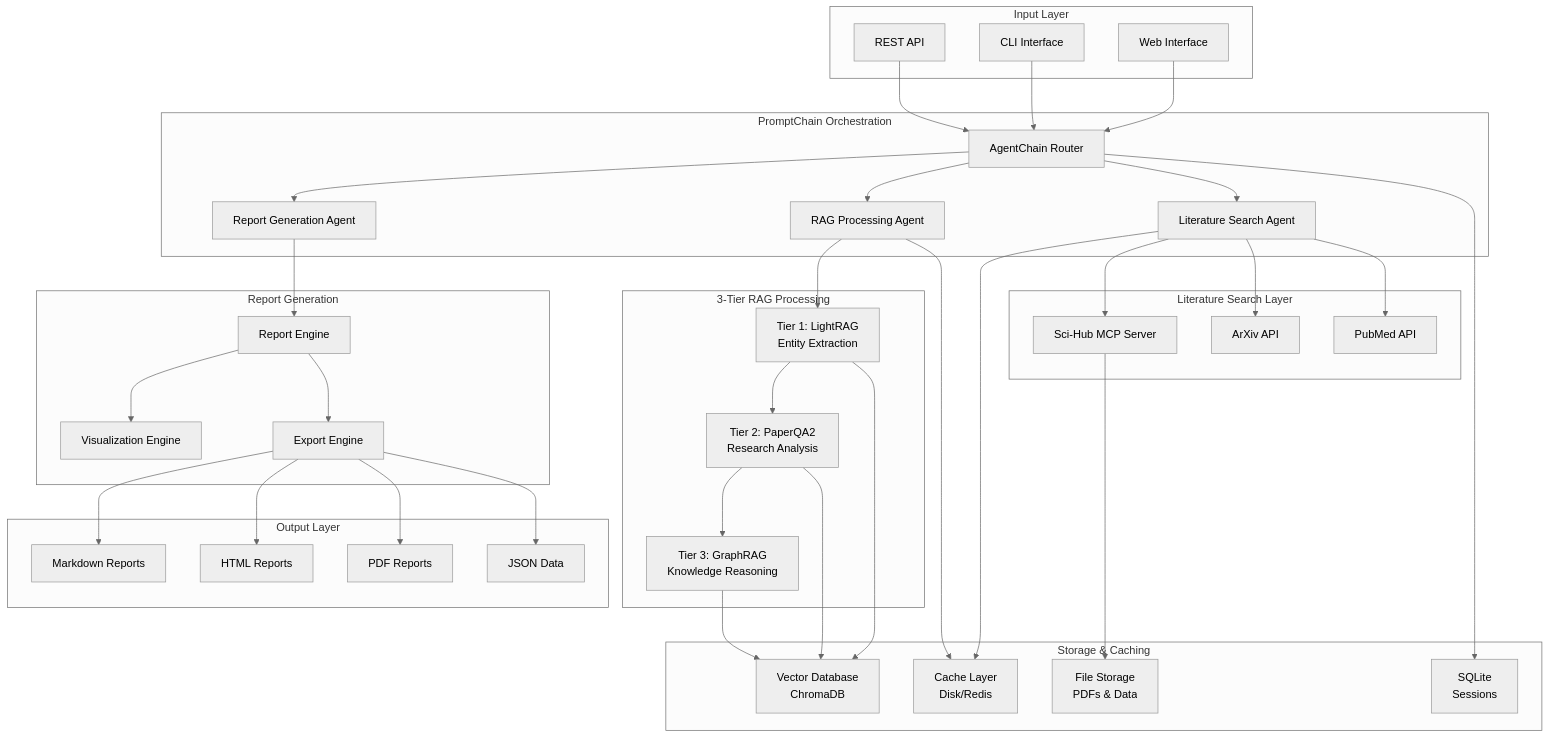
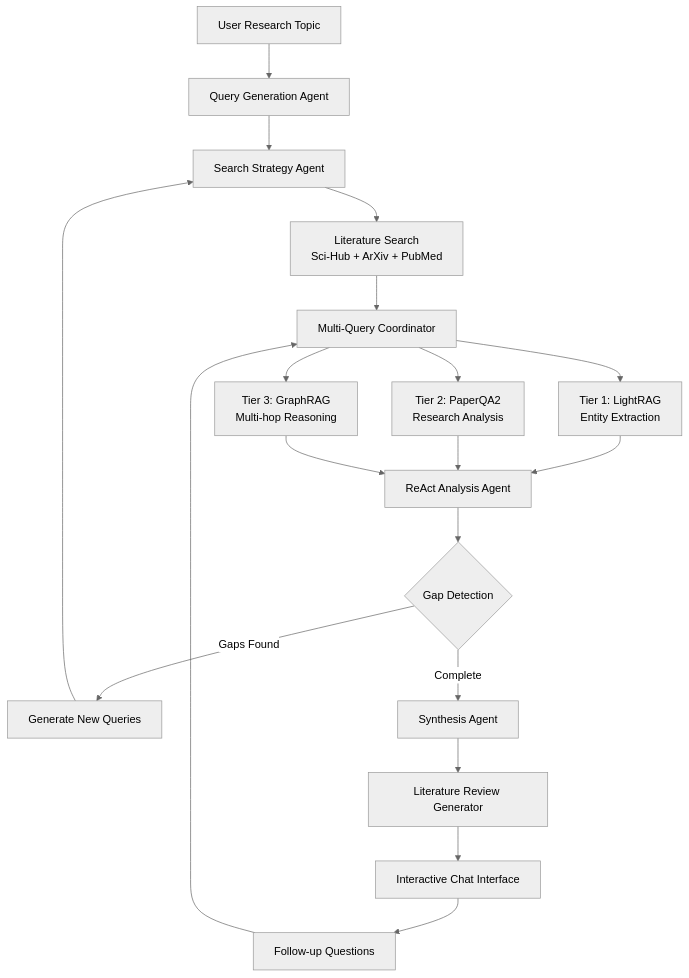
The diagram in Research_agent/docs/ARCHITECTURE.md (gyasis/PromptChain), drawn with Mermaid (neutral theme) before and after one commit. The commit also changed other lines of this file and 7 other files, not shown here.

First line of the commit message:
feat(research-agent): implement core foundation system v0.2.5.a

````diff
--- a/Research_agent/docs/ARCHITECTURE.md
+++ b/Research_agent/docs/ARCHITECTURE.md
@@ -9,83 +19,25 @@
 ```mermaid
-graph TB
-    subgraph "Input Layer"
-        UI[Web Interface]
-        CLI[CLI Interface]
-        API[REST API]
-    end
+graph TD
+    A[User Research Topic] --> B[Query Generation Agent]
+    B --> C[Search Strategy Agent]
+    C --> D[Literature Search<br/>Sci-Hub + ArXiv + PubMed]
+    D --> E[Multi-Query Coordinator]
     
-    subgraph "PromptChain Orchestration"
-        AC[AgentChain Router]
-        LSA[Literature Search Agent]
-        RPA[RAG Processing Agent]
-        RGA[Report Generation Agent]
-    end
+    E --> F[Tier 1: LightRAG<br/>Entity Extraction]
+    E --> G[Tier 2: PaperQA2<br/>Research Analysis]  
+    E --> H[Tier 3: GraphRAG<br/>Multi-hop Reasoning]
     
-    subgraph "Literature Search Layer"
-        SMCP[Sci-Hub MCP Server]
-        ARX[ArXiv API]
-        PMD[PubMed API]
-    end
+    F --> I[ReAct Analysis Agent]
+    G --> I
+    H --> I
     
-    subgraph "3-Tier RAG Processing"
-        T1[Tier 1: LightRAG<br/>Entity Extraction]
-        T2[Tier 2: PaperQA2<br/>Research Analysis]
-        T3[Tier 3: GraphRAG<br/>Knowledge Reasoning]
-    end
+    I --> J{Gap Detection}
+    J -->|Gaps Found| K[Generate New Queries]
+    K --> C
+    J -->|Complete| L[Synthesis Agent]
     
-    subgraph "Storage & Caching"
-        VDB[Vector Database<br/>ChromaDB]
-        CACHE[Cache Layer<br/>Disk/Redis]
-        FILES[File Storage<br/>PDFs & Data]
-        SQLITE[SQLite<br/>Sessions]
-    end
-    
-    subgraph "Report Generation"
-        RPT[Report Engine]
-        VIZ[Visualization Engine]
-        EXP[Export Engine]
-    end
-    
-    subgraph "Output Layer"
-        MD[Markdown Reports]
-        HTML[HTML Reports]
-        PDF[PDF Reports]
-        JSON[JSON Data]
-    end
-    
-    UI --> AC
-    CLI --> AC
-    API --> AC
-    
-    AC --> LSA
-    AC --> RPA
-    AC --> RGA
-    
-    LSA --> SMCP
-    LSA --> ARX
-    LSA --> PMD
-    
-    RPA --> T1
-    T1 --> T2
-    T2 --> T3
-    
-    T1 --> VDB
-    T2 --> VDB
-    T3 --> VDB
-    
-    LSA --> CACHE
-    RPA --> CACHE
-    
-    SMCP --> FILES
-    
-    RGA --> RPT
-    RPT --> VIZ
-    RPT --> EXP
-    
-    EXP --> MD
-    EXP --> HTML
-    EXP --> PDF
-    EXP --> JSON
-    
-    AC --> SQLITE
+    L --> M[Literature Review Generator]
+    M --> N[Interactive Chat Interface]
+    N --> O[Follow-up Questions]
+    O --> E
 ```
````
